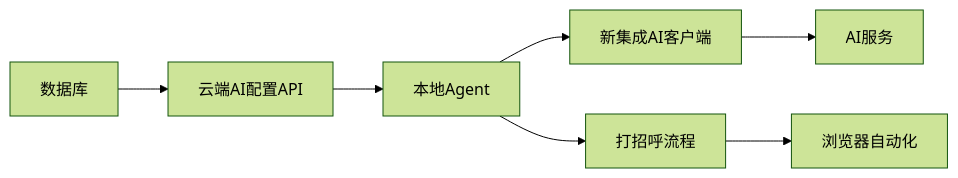
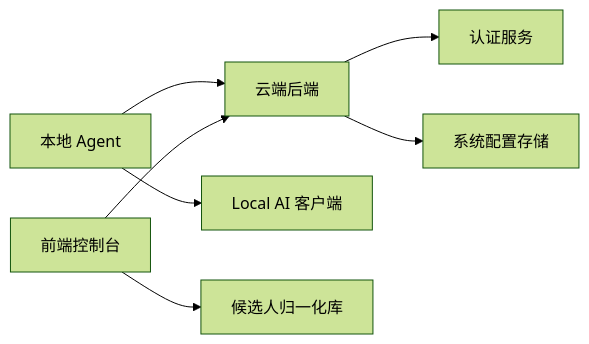
The ninth of 9 diagrams in .qoder/repowiki/zh/content/云端后端服务/候选人处理系统/AI匹配评分/AI匹配评分.md (alvinwangzi/goodhr), drawn with Mermaid (forest theme) before and after one commit. The commit also changed other lines of this file and 149 other files, not shown here.

````diff
--- a/.qoder/repowiki/zh/content/云端后端服务/候选人处理系统/AI匹配评分/AI匹配评分.md
+++ b/.qoder/repowiki/zh/content/云端后端服务/候选人处理系统/AI匹配评分/AI匹配评分.md
@@ -322,9 +353,9 @@
 ```mermaid
 graph LR
-DB["数据库"] --> API["云端AI配置API"]
-API --> AG["本地Agent"]
-AG --> NAC["新集成AI客户端"]
-NAC --> AI["AI服务"]
-AG --> Flow["打招呼流程"]
-Flow --> Browser["浏览器自动化"]
+CloudAPI["云端后端"] --> Auth["认证服务"]
+CloudAPI --> SysCfg["系统配置存储"]
+LocalAgent["本地 Agent"] --> CloudAPI
+LocalAgent --> LAClient["Local AI 客户端"]
+Frontend["前端控制台"] --> CloudAPI
+Frontend --> Normalize["候选人归一化库"]
 ```
````
